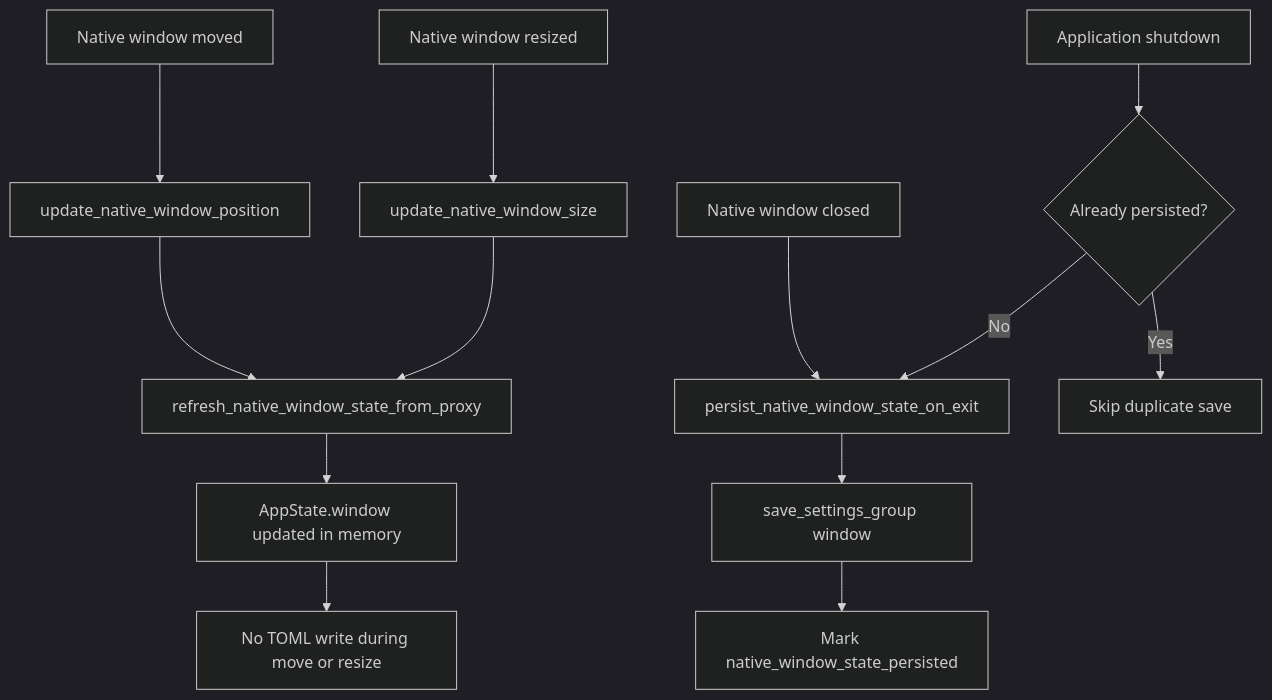
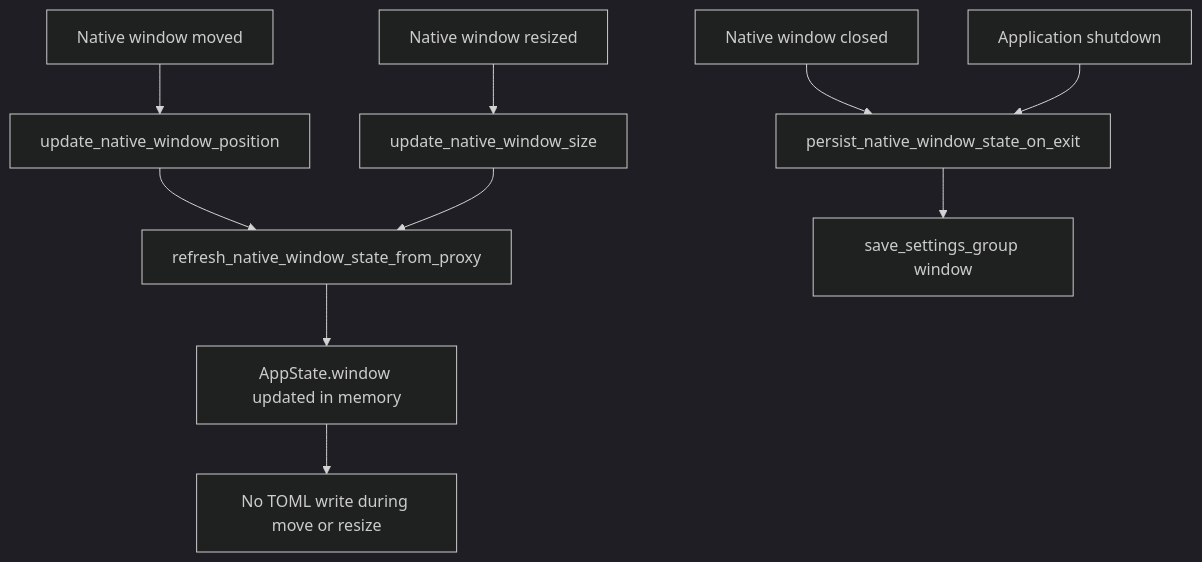
The second of 2 diagrams in src/desktop_app/infrastructure/native_window_state/README.md (Fonze81/NiceGui-Windows-Base), drawn with Mermaid (dark theme) before and after one commit. The commit also changed other lines of this file, not shown here.

Commit message:
docs(native-window): update package validation command
Update the native_window_state package README to reference the current folder-based pytest command after moving the Native Window tests into tests/infrastructure/native_window_state. This keeps the package-local documentation aligned with the test layout and fixes the package documentation validation test.

````diff
--- a/src/desktop_app/infrastructure/native_window_state/README.md
+++ b/src/desktop_app/infrastructure/native_window_state/README.md
@@ -129,15 +129,12 @@
 ```mermaid
 flowchart TD
     A[Native window moved] --> B[update_native_window_position]
     C[Native window resized] --> D[update_native_window_size]
     B --> E[refresh_native_window_state_from_proxy]
     D --> E
     E --> F[AppState.window updated in memory]
     F --> G[No TOML write during move or resize]
     H[Native window closed] --> I[persist_native_window_state_on_exit]
-    I --> J[save_settings_group window]
-    J --> K[Mark native_window_state_persisted]
-    L[Application shutdown] --> M{Already persisted?}
-    M -- Yes --> N[Skip duplicate save]
-    M -- No --> I
+    J[Application shutdown] --> I
+    I --> K[save_settings_group window]
 ```
````
